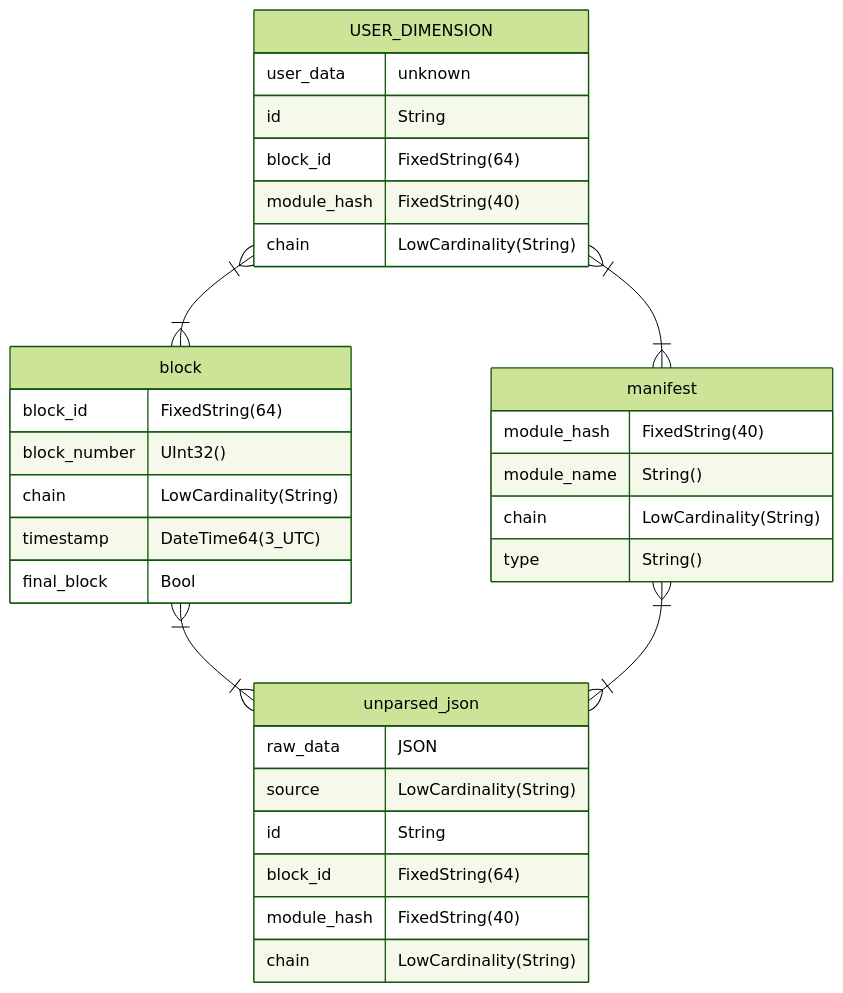
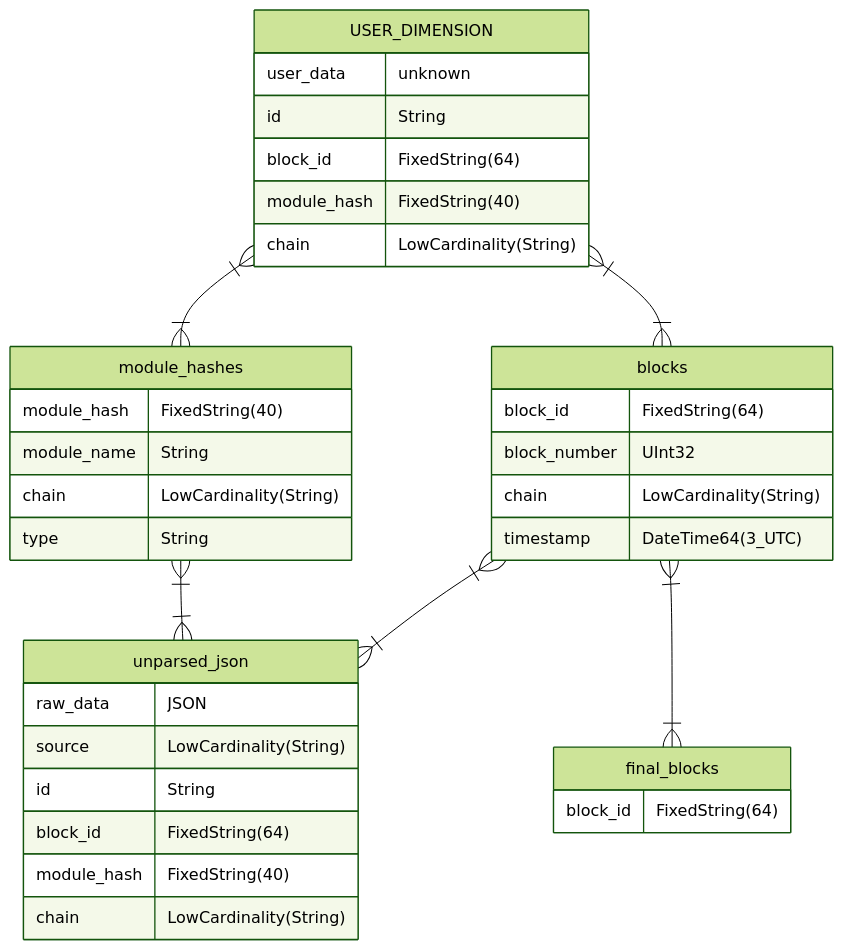
The diagram in README.md (pinax-network/substreams-sink-clickhouse), drawn with Mermaid (forest theme) before and after one commit. The commit also changed other lines of this file, not shown here.

Commit message:
updated database diagram

````diff
--- a/README.md
+++ b/README.md
@@ -73,40 +74,45 @@
 ```mermaid
 erDiagram
-    USER_DIMENSION }|--|{ block : " "
-    USER_DIMENSION }|--|{ manifest : " "
+    USER_DIMENSION }|--|{ blocks : " "
+    USER_DIMENSION }|--|{ module_hashes : " "
 
-    block }|--|{ unparsed_json : " "
-    manifest }|--|{ unparsed_json : " "
+    blocks }|--|{ unparsed_json : " "
+    module_hashes }|--|{ unparsed_json : " "
+
+    blocks }|--|{ final_blocks : " "
 
     USER_DIMENSION {
         user_data unknown
         id String
         block_id FixedString(64)
         module_hash FixedString(40)
         chain LowCardinality(String)
     }
 
     unparsed_json {
         raw_data JSON
         source LowCardinality(String)
         id String
         block_id FixedString(64)
         module_hash FixedString(40)
         chain LowCardinality(String)
     }
 
-    block {
+    blocks {
           block_id FixedString(64)
-          block_number UInt32()
+          block_number UInt32
           chain LowCardinality(String)
           timestamp DateTime64(3_UTC)
-          final_block   Bool
     }
 
-    manifest {
+    module_hashes {
         module_hash   FixedString(40)
-        module_name   String()
+        module_name   String
         chain         LowCardinality(String)
-        type          String()
+        type          String
+    }
+
+    final_blocks {
+        block_id FixedString(64)
     }
 ```
````
